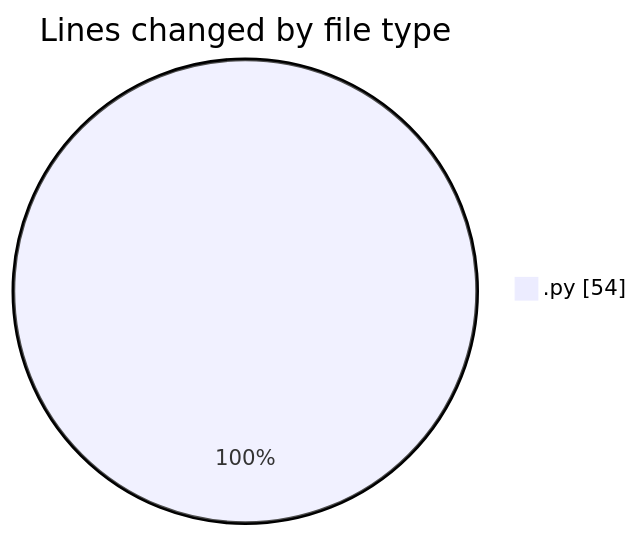
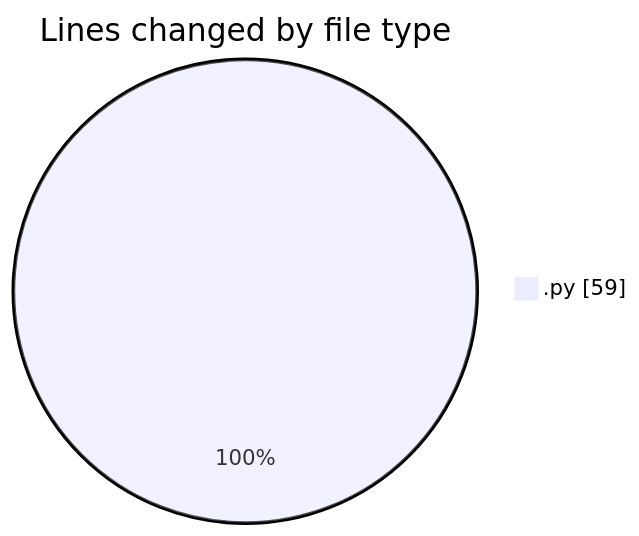
One commit to MatusMokan/code-tracking changed the first of 2 diagrams in 2025-04-20/myws__workspace_/README.md. Above: the diagram before and after it, drawn with Mermaid. The commit also changed other lines of this file and 1 other file, not shown here.

````diff
--- a/2025-04-20/myws__workspace_/README.md
+++ b/2025-04-20/myws__workspace_/README.md
@@ -20,5 +20,5 @@
 ```mermaid
 pie showData
 title Lines changed by file type
-".py" : 54
+".py" : 59
 ```
````
